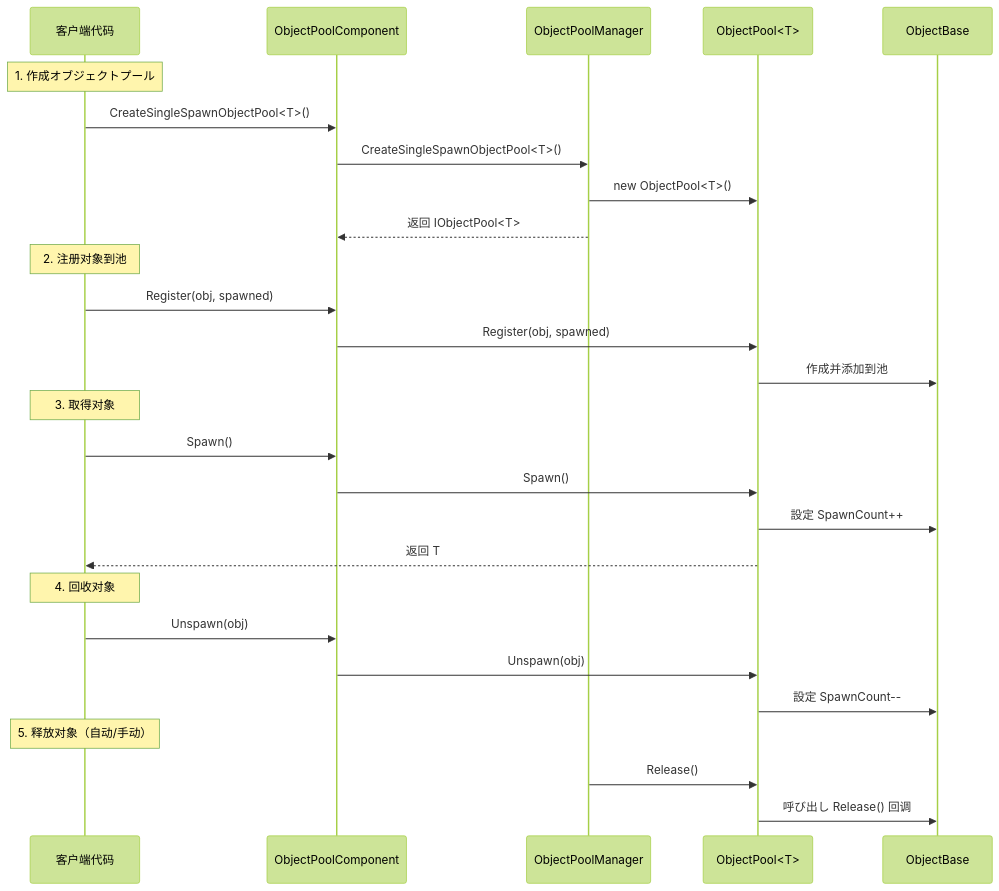
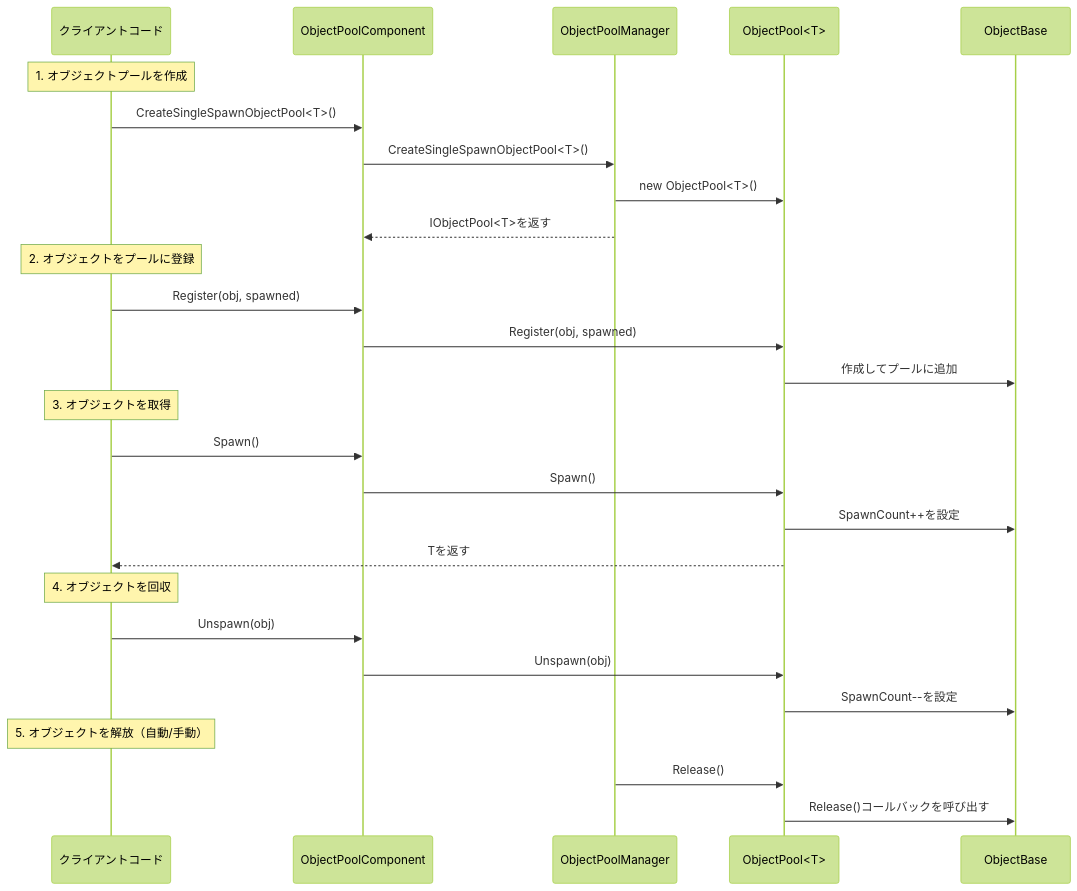
The second of 2 diagrams in docs/ja/client/unity/component/core/07.object-pool.md (AlianBlank/GameFrameX.Docs), drawn with Mermaid (forest theme) before and after one commit. The commit also changed other lines of this file and 320 other files, not shown here.

````diff
--- a/docs/ja/client/unity/component/core/07.object-pool.md
+++ b/docs/ja/client/unity/component/core/07.object-pool.md
@@ -149,34 +149,34 @@
 ```mermaid
 sequenceDiagram
-    participant Client as 客户端代码
+    participant Client as クライアントコード
     participant Component as ObjectPoolComponent
     participant Manager as ObjectPoolManager
     participant Pool as ObjectPool<T>
     participant Object as ObjectBase
 
-    Note over Client: 1. 作成オブジェクトプール
+    Note over Client: 1. オブジェクトプールを作成
     Client->>Component: CreateSingleSpawnObjectPool<T>()
     Component->>Manager: CreateSingleSpawnObjectPool<T>()
     Manager->>Pool: new ObjectPool<T>()
-    Manager-->>Component: 返回 IObjectPool<T>
-    
-    Note over Client: 2. 注册对象到池
+    Manager-->>Component: IObjectPool<T>を返す
+
+    Note over Client: 2. オブジェクトをプールに登録
     Client->>Component: Register(obj, spawned)
     Component->>Pool: Register(obj, spawned)
-    Pool->>Object: 作成并添加到池
-    
-    Note over Client: 3. 取得对象
+    Pool->>Object: 作成してプールに追加
+
+    Note over Client: 3. オブジェクトを取得
     Client->>Component: Spawn()
     Component->>Pool: Spawn()
-    Pool->>Object: 設定 SpawnCount++
-    Pool-->>Client: 返回 T
-    
-    Note over Client: 4. 回收对象
+    Pool->>Object: SpawnCount++を設定
+    Pool-->>Client: Tを返す
+
+    Note over Client: 4. オブジェクトを回収
     Client->>Component: Unspawn(obj)
     Component->>Pool: Unspawn(obj)
-    Pool->>Object: 設定 SpawnCount--
-    
-    Note over Client: 5. 释放对象（自动/手动）
+    Pool->>Object: SpawnCount--を設定
+
+    Note over Client: 5. オブジェクトを解放（自動/手動）
     Manager->>Pool: Release()
-    Pool->>Object: 呼び出し Release() 回调
+    Pool->>Object: Release()コールバックを呼び出す
 ```
````
